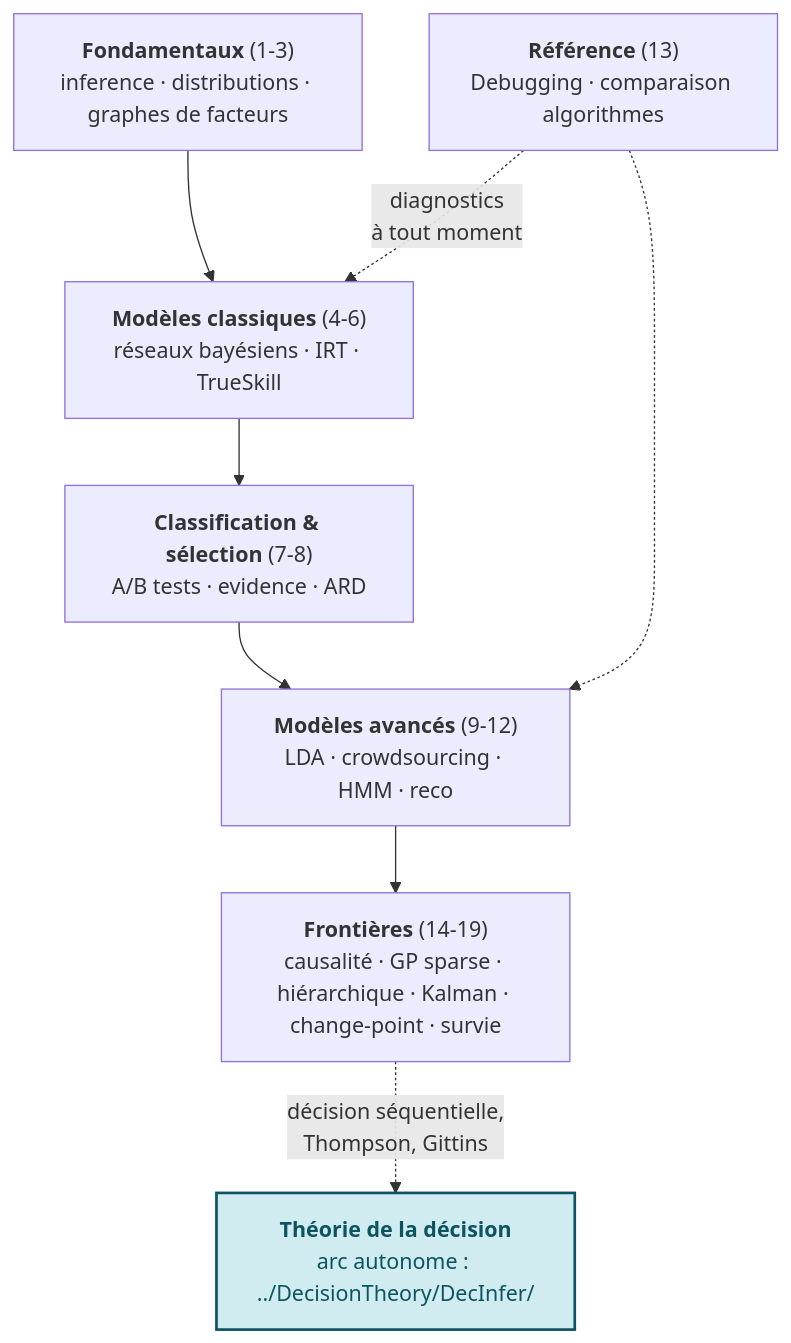
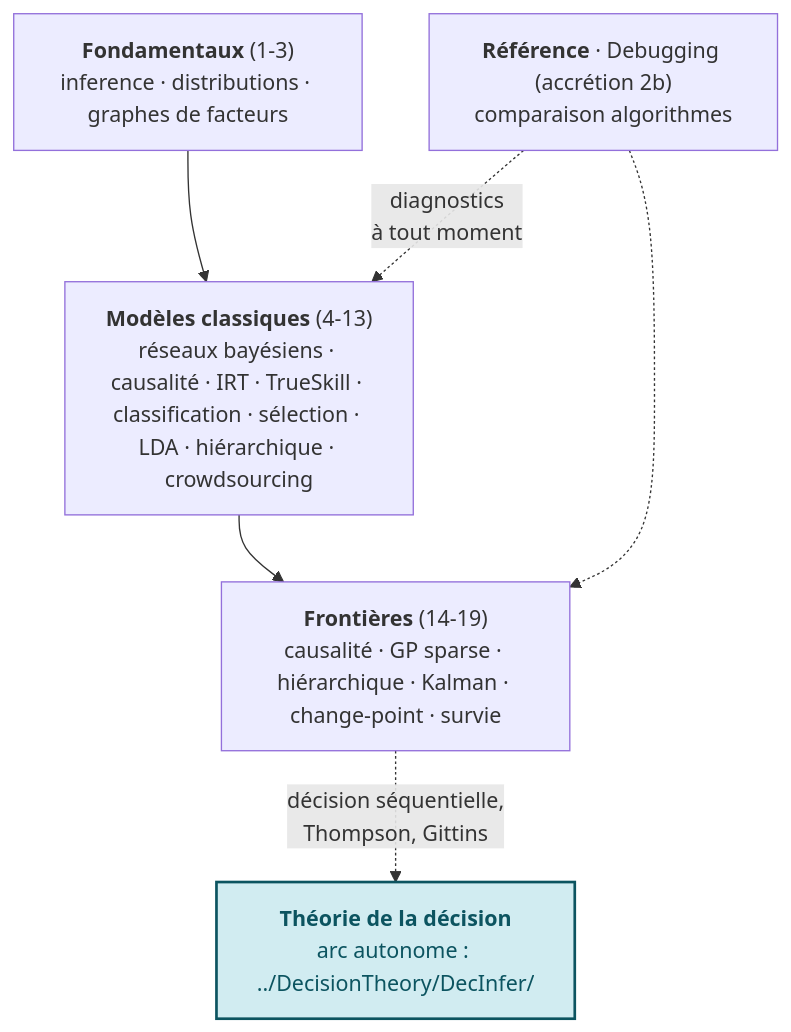
The second of 2 diagrams in MyIA.AI.Notebooks/Probas/Infer/README.md (jsboige/CoursIA), drawn with Mermaid before and after one commit. The commit also changed other lines of this file and 2 other files, not shown here.

Commit message:
docs(probas,#14873): P1 prose coeur -- fusion sections jumelles, parite 1:1 -> paire 2b, racine ambigue retiree

````diff
--- a/MyIA.AI.Notebooks/Probas/Infer/README.md
+++ b/MyIA.AI.Notebooks/Probas/Infer/README.md
@@ -162,18 +162,16 @@
 ```mermaid
 flowchart TD
     P1["<b>Fondamentaux</b> (1-3)<br/>inference · distributions · graphes de facteurs"]
-    P2["<b>Modèles classiques</b> (4-6)<br/>réseaux bayésiens · IRT · TrueSkill"]
-    P3["<b>Classification & sélection</b> (7-8)<br/>A/B tests · evidence · ARD"]
-    P4["<b>Modèles avancés</b> (9-12)<br/>LDA · crowdsourcing · HMM · reco"]
-    P5["<b>Référence</b> (13)<br/>Debugging · comparaison algorithmes"]
+    P2["<b>Modèles classiques</b> (4-13)<br/>réseaux bayésiens · causalité · IRT · TrueSkill · classification · sélection · LDA · hiérarchique · crowdsourcing"]
+    P5["<b>Référence</b> · Debugging (accrétion 2b)<br/>comparaison algorithmes"]
     P8["<b>Frontières</b> (14-19)<br/>causalité · GP sparse · hiérarchique · Kalman · change-point · survie"]
     DT["<b>Théorie de la décision</b><br/>arc autonome : ../DecisionTheory/DecInfer/"]
-    P1 --> P2 --> P3 --> P4
-    P4 --> P8
+    P1 --> P2
+    P2 --> P8
     P5 -.->|"diagnostics<br/>à tout moment"| P2
-    P5 -.-> P4
+    P5 -.-> P8
     P8 -.->|"décision séquentielle,<br/>Thompson, Gittins"| DT
     %% color: explicite -- sans lui, libelle clair sur fond clair en mode sombre GitHub (#15022) ; ne pas harmoniser le ton avec le stroke (libelle sinon illisible)
     classDef decision fill:#d1ecf1,stroke:#0c5460,stroke-width:2px,color:#0c5460;
     class DT decision;
 ```
````
